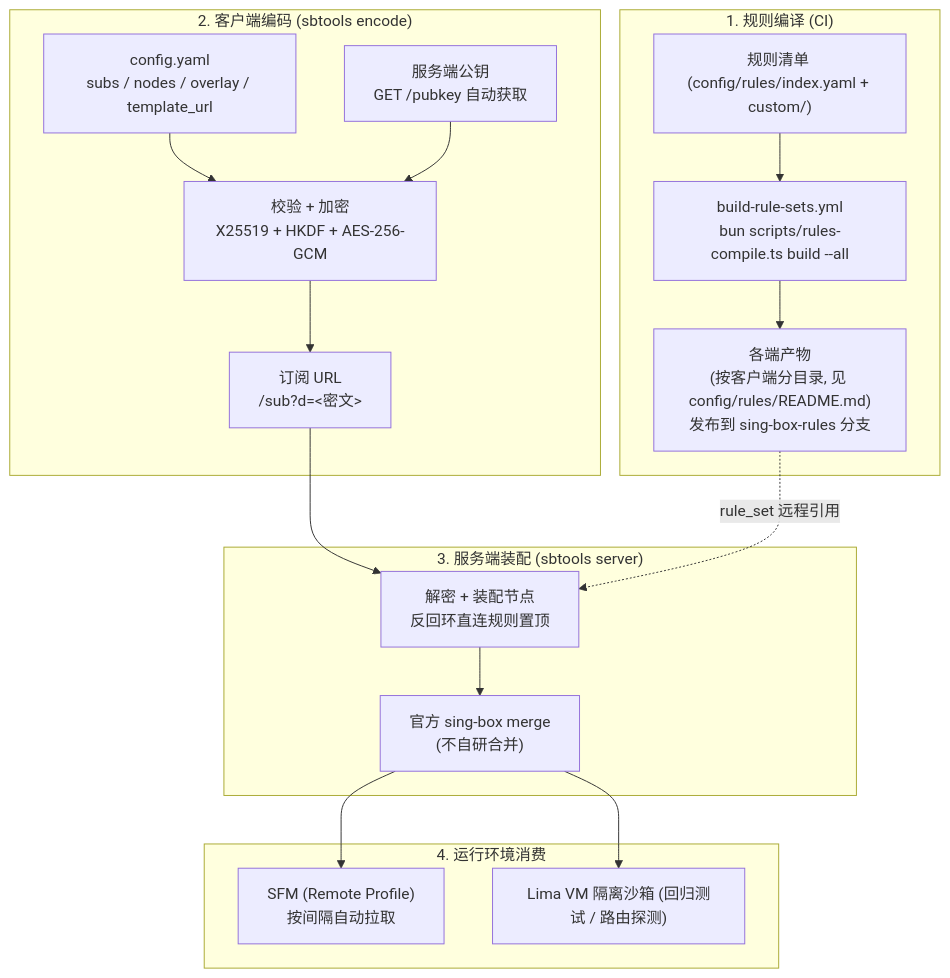
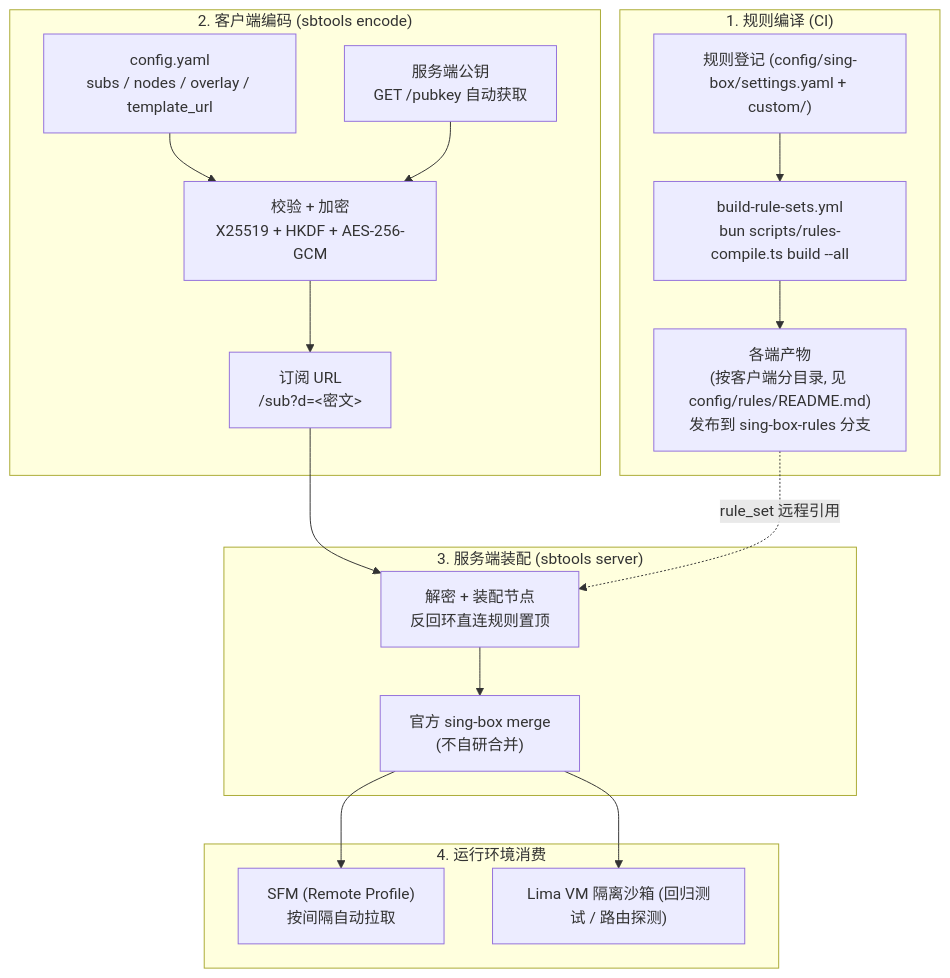
The first of 3 diagrams in docs/ARCH.md (shelken/proxy), drawn with Mermaid before and after one commit. The commit also changed other lines of this file and 5 other files, not shown here.

Commit message:
docs: 日常入口改述为 settings.yaml，移除 index.yaml 与模块表描述

````diff
--- a/docs/ARCH.md
+++ b/docs/ARCH.md
@@ -24,24 +24,24 @@
 ```mermaid
 flowchart TD
     subgraph S1 ["1. 规则编译 (CI)"]
-        R_SRC["规则清单 (config/rules/index.yaml + custom/)"] --> GHA["build-rule-sets.yml\nbun scripts/rules-compile.ts build --all"]
+        R_SRC["规则登记 (config/sing-box/settings.yaml + custom/)"] --> GHA["build-rule-sets.yml\nbun scripts/rules-compile.ts build --all"]
         GHA --> R_BIN["各端产物\n(按客户端分目录, 见 config/rules/README.md)\n发布到 sing-box-rules 分支"]
     end
 
     subgraph S2 ["2. 客户端编码 (sbtools encode)"]
         YAML["config.yaml\nsubs / nodes / overlay / template_url"] --> ENC["校验 + 加密\nX25519 + HKDF + AES-256-GCM"]
         PK["服务端公钥\nGET /pubkey 自动获取"] --> ENC
         ENC --> URL["订阅 URL\n/sub?d=&lt;密文&gt;"]
     end
 
     subgraph S3 ["3. 服务端装配 (sbtools server)"]
         URL --> SRV["解密 + 装配节点\n反回环直连规则置顶"]
         SRV --> MG["官方 sing-box merge\n(不自研合并)"]
         R_BIN -.->|rule_set 远程引用| SRV
     end
 
     subgraph S4 ["4. 运行环境消费"]
         MG --> SFM["SFM (Remote Profile)\n按间隔自动拉取"]
         MG --> SANDBOX["Lima VM 隔离沙箱 (回归测试 / 路由探测)"]
     end
 ```
````
